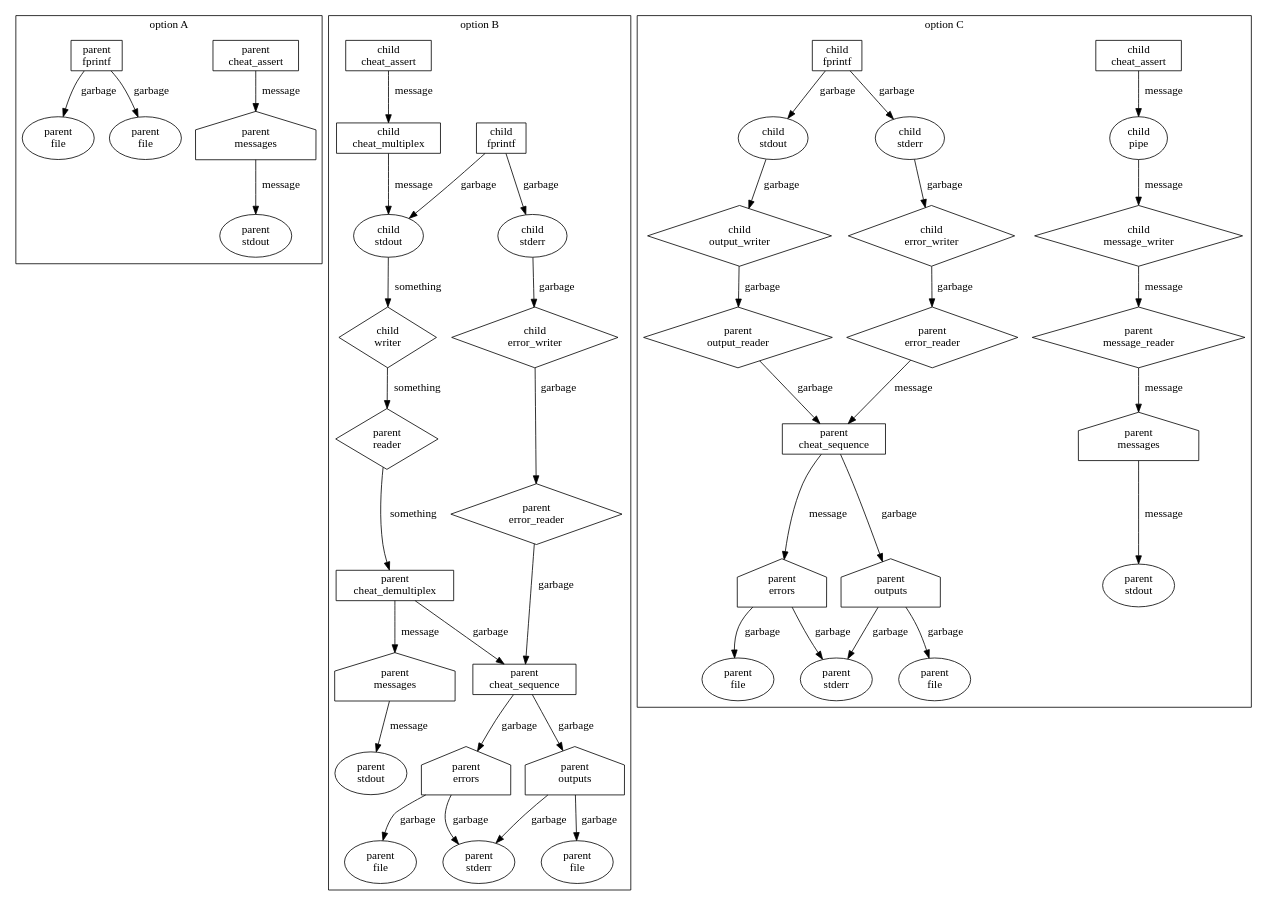
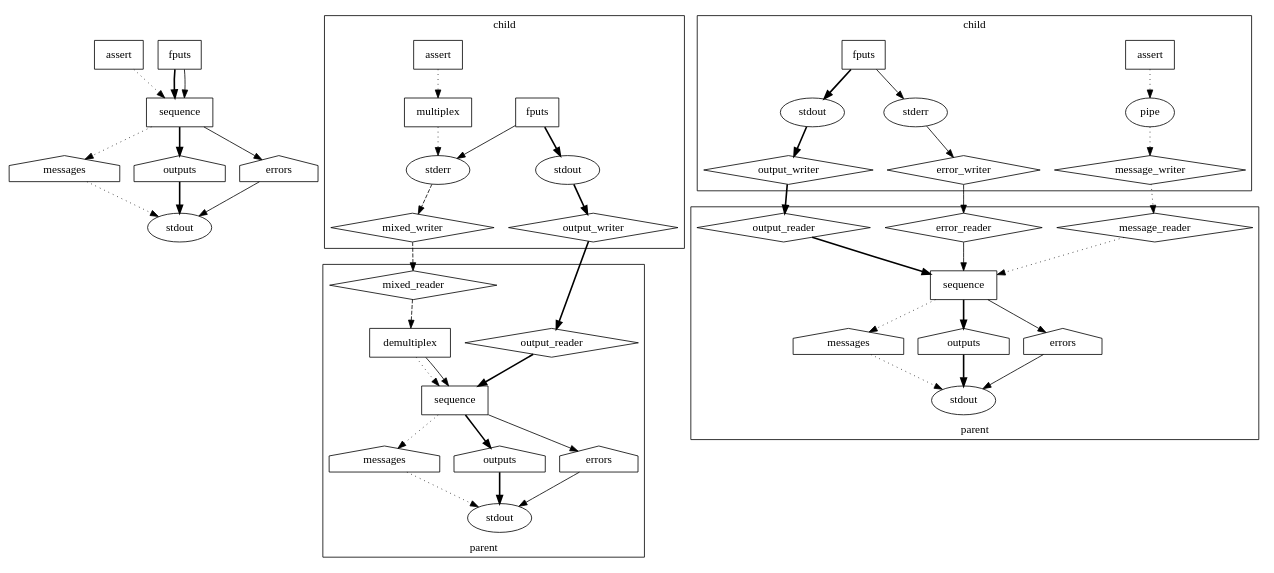
The diagram in streams.dot (hgyxbll/cheat), drawn with Graphviz before and after one commit.

Commit message:
Updated the stream graph.

```diff
--- a/streams.dot
+++ b/streams.dot
@@ -1,140 +1,164 @@
 digraph streams {
-	subgraph cluster_a {
-		label = "option A"
+	node [shape = box]
+
+	a_parent_assert [label = "assert"]
+	a_parent_fputs [label = "fputs"]
+	a_parent_sequence [label = "sequence"]
+
+	node [shape = house]
+
+	a_parent_messages [label = "messages"]
+	a_parent_outputs [label = "outputs"]
+	a_parent_errors [label = "errors"]
+
+	node [shape = oval]
+
+	a_parent_stdout [label = "stdout"]
+
+	a_parent_assert -> a_parent_sequence [style = dotted]
+	a_parent_fputs -> a_parent_sequence [style = bold]
+	a_parent_fputs -> a_parent_sequence [style = solid]
+	a_parent_sequence -> a_parent_messages [style = dotted]
+	a_parent_sequence -> a_parent_outputs [style = bold]
+	a_parent_sequence -> a_parent_errors [style = solid]
+	a_parent_messages -> a_parent_stdout [style = dotted]
+	a_parent_outputs -> a_parent_stdout [style = bold]
+	a_parent_errors -> a_parent_stdout [style = solid]
+
+	subgraph cluster_b_child {
+		labelloc = t
+		label = "child"
 
 		node [shape = box]
 
-		a_parent_cheat_assert [label = "parent\ncheat_assert"]
-		a_parent_fprintf [label = "parent\nfprintf"]
+		b_child_assert [label = "assert"]
+		b_child_fputs [label = "fputs"]
+		b_child_multiplex [label = "multiplex"]
 
 		node [shape = house]
 
-		a_parent_messages [label = "parent\nmessages"]
+
+		node [shape = diamond]
+
+		b_child_mixed_writer [label = "mixed_writer"]
+		b_child_output_writer [label = "output_writer"]
 
 		node [shape = oval]
 
-		a_parent_stdout [label = "parent\nstdout"]
-		a_parent_stdout_file [label = "parent\nfile"]
-		a_parent_stderr_file [label = "parent\nfile"]
-
-		node [shape = none]
-
-		a_parent_cheat_assert -> a_parent_messages [label = "message"]
-		a_parent_fprintf -> a_parent_stdout_file [label = "garbage"]
-		a_parent_fprintf -> a_parent_stderr_file [label = "garbage"]
-		a_parent_messages -> a_parent_stdout [label = "message"]
+		b_child_stdout [label = "stdout"]
+		b_child_stderr [label = "stderr"]
 	}
 
-	subgraph cluster_b {
-		label = "option B"
+	subgraph cluster_b_parent {
+		labelloc = b
+		label = "parent"
 
 		node [shape = box]
 
-		b_child_cheat_assert [label = "child\ncheat_assert"]
-		b_child_fprintf [label = "child\nfprintf"]
-		b_child_cheat_multiplex [label = "child\ncheat_multiplex"]
-		b_parent_cheat_demultiplex [label = "parent\ncheat_demultiplex"]
-		b_parent_cheat_sequence [label = "parent\ncheat_sequence"]
+		b_parent_demultiplex [label = "demultiplex"]
+		b_parent_sequence [label = "sequence"]
 
 		node [shape = house]
 
-		b_parent_messages [label = "parent\nmessages"]
-		b_parent_outputs [label = "parent\noutputs"]
-		b_parent_errors [label = "parent\nerrors"]
+		b_parent_messages [label = "messages"]
+		b_parent_outputs [label = "outputs"]
+		b_parent_errors [label = "errors"]
 
 		node [shape = diamond]
 
-		b_child_writer [label = "child\nwriter"]
-		b_parent_reader [label = "parent\nreader"]
-		b_child_error_writer [label = "child\nerror_writer"]
-		b_parent_error_reader [label = "parent\nerror_reader"]
+		b_parent_mixed_reader [label = "mixed_reader"]
+		b_parent_output_reader [label = "output_reader"]
 
 		node [shape = oval]
 
-		b_child_stdout [label = "child\nstdout"]
-		b_child_stderr [label = "child\nstderr"]
-		b_parent_stdout [label = "parent\nstdout"]
-		b_parent_stderr [label = "parent\nstderr"]
-		b_parent_stdout_file [label = "parent\nfile"]
-		b_parent_stderr_file [label = "parent\nfile"]
-
-		node [shape = none]
-
-		b_child_cheat_assert -> b_child_cheat_multiplex [label = "message"]
-		b_child_cheat_multiplex -> b_child_stdout [label = "message"]
-		b_child_fprintf -> b_child_stdout [label = "garbage"]
-		b_child_fprintf -> b_child_stderr [label = "garbage"]
-		b_child_stdout -> b_child_writer [label = "something"]
-		b_child_stderr -> b_child_error_writer [label = "garbage"]
-		b_child_writer -> b_parent_reader [label = "something"]
-		b_child_error_writer -> b_parent_error_reader [label = "garbage"]
-		b_parent_reader -> b_parent_cheat_demultiplex [label = "something"]
-		b_parent_error_reader -> b_parent_cheat_sequence [label = "garbage"]
-		b_parent_cheat_demultiplex -> b_parent_messages [label = "message"]
-		b_parent_cheat_demultiplex -> b_parent_cheat_sequence [label = "garbage"]
-		b_parent_cheat_sequence -> b_parent_outputs [label = "garbage"]
-		b_parent_cheat_sequence -> b_parent_errors [label = "garbage"]
-		b_parent_messages -> b_parent_stdout [label = "message"]
-		b_parent_outputs -> b_parent_stderr [label = "garbage"]
-		b_parent_outputs -> b_parent_stdout_file [label = "garbage"]
-		b_parent_errors -> b_parent_stderr [label = "garbage"]
-		b_parent_errors -> b_parent_stderr_file [label = "garbage"]
+		b_parent_stdout [label = "stdout"]
 	}
 
-	subgraph cluster_c {
-		label = "option C"
+	b_child_assert -> b_child_multiplex [style = dotted]
+	b_child_multiplex -> b_child_stderr [style = dotted]
+	b_child_fputs -> b_child_stdout [style = bold]
+	b_child_fputs -> b_child_stderr [style = solid]
+	b_child_stdout -> b_child_output_writer [style = bold]
+	b_child_stderr -> b_child_mixed_writer [style = dashed]
+	b_child_mixed_writer -> b_parent_mixed_reader [style = dashed]
+	b_child_output_writer -> b_parent_output_reader [style = bold]
+	b_parent_mixed_reader -> b_parent_demultiplex [style = dashed]
+	b_parent_output_reader -> b_parent_sequence [style = bold]
+	b_parent_demultiplex -> b_parent_sequence [style = dotted]
+	b_parent_demultiplex -> b_parent_sequence [style = solid]
+	b_parent_sequence -> b_parent_messages [style = dotted]
+	b_parent_sequence -> b_parent_outputs [style = bold]
+	b_parent_sequence -> b_parent_errors [style = solid]
+	b_parent_messages -> b_parent_stdout [style = dotted]
+	b_parent_outputs -> b_parent_stdout [style = bold]
+	b_parent_errors -> b_parent_stdout [style = solid]
+
+	subgraph cluster_c_child {
+		labelloc = t
+		label = "child"
 
 		node [shape = box]
 
-		c_child_cheat_assert [label = "child\ncheat_assert"]
-		c_child_fprintf [label = "child\nfprintf"]
-		c_parent_cheat_sequence [label = "parent\ncheat_sequence"]
+		c_child_assert [label = "assert"]
+		c_child_fputs [label = "fputs"]
 
 		node [shape = house]
 
-		c_parent_messages [label = "parent\nmessages"]
-		c_parent_outputs [label = "parent\noutputs"]
-		c_parent_errors [label = "parent\nerrors"]
 
 		node [shape = diamond]
 
-		c_child_message_writer [label = "child\nmessage_writer"]
-		c_parent_message_reader [label = "parent\nmessage_reader"]
-		c_child_output_writer [label = "child\noutput_writer"]
-		c_parent_output_reader [label = "parent\noutput_reader"]
-		c_child_error_writer [label = "child\nerror_writer"]
-		c_parent_error_reader [label = "parent\nerror_reader"]
+		c_child_message_writer [label = "message_writer"]
+		c_child_output_writer [label = "output_writer"]
+		c_child_error_writer [label = "error_writer"]
 
 		node [shape = oval]
 
-		c_child_stdout [label = "child\nstdout"]
-		c_child_stderr [label = "child\nstderr"]
-		c_child_pipe [label = "child\npipe"]
-		c_parent_stdout [label = "parent\nstdout"]
-		c_parent_stderr [label = "parent\nstderr"]
-		c_parent_stdout_file [label = "parent\nfile"]
-		c_parent_stderr_file [label = "parent\nfile"]
+		c_child_stdout [label = "stdout"]
+		c_child_stderr [label = "stderr"]
+		c_child_pipe [label = "pipe"]
+	}
 
-		node [shape = none]
+	subgraph cluster_c_parent {
+		labelloc = b
+		label = "parent"
 
-		c_child_cheat_assert -> c_child_pipe [label = "message"]
-		c_child_fprintf -> c_child_stdout [label = "garbage"]
-		c_child_fprintf -> c_child_stderr [label = "garbage"]
-		c_child_pipe -> c_child_message_writer [label = "message"]
-		c_child_stdout -> c_child_output_writer [label = "garbage"]
-		c_child_stderr -> c_child_error_writer [label = "garbage"]
-		c_child_message_writer -> c_parent_message_reader [label = "message"]
-		c_child_output_writer -> c_parent_output_reader [label = "garbage"]
-		c_child_error_writer -> c_parent_error_reader [label = "garbage"]
-		c_parent_message_reader -> c_parent_messages [label = "message"]
-		c_parent_output_reader -> c_parent_cheat_sequence [label = "garbage"]
-		c_parent_error_reader -> c_parent_cheat_sequence [label = "message"]
-		c_parent_cheat_sequence -> c_parent_outputs [label = "garbage"]
-		c_parent_cheat_sequence -> c_parent_errors [label = "message"]
-		c_parent_messages -> c_parent_stdout [label = "message"]
-		c_parent_outputs -> c_parent_stderr [label = "garbage"]
-		c_parent_outputs -> c_parent_stdout_file [label = "garbage"]
-		c_parent_errors -> c_parent_stderr [label = "garbage"]
-		c_parent_errors -> c_parent_stderr_file [label = "garbage"]
+		node [shape = box]
+
+		c_parent_sequence [label = "sequence"]
+
+		node [shape = house]
+
+		c_parent_messages [label = "messages"]
+		c_parent_outputs [label = "outputs"]
+		c_parent_errors [label = "errors"]
+
+		node [shape = diamond]
+
+		c_parent_message_reader [label = "message_reader"]
+		c_parent_output_reader [label = "output_reader"]
+		c_parent_error_reader [label = "error_reader"]
+
+		node [shape = oval]
+
+		c_parent_stdout [label = "stdout"]
 	}
+
+	c_child_assert -> c_child_pipe [style = dotted]
+	c_child_fputs -> c_child_stdout [style = bold]
+	c_child_fputs -> c_child_stderr [style = solid]
+	c_child_pipe -> c_child_message_writer [style = dotted]
+	c_child_stdout -> c_child_output_writer [style = bold]
+	c_child_stderr -> c_child_error_writer [style = solid]
+	c_child_message_writer -> c_parent_message_reader [style = dotted]
+	c_child_output_writer -> c_parent_output_reader [style = bold]
+	c_child_error_writer -> c_parent_error_reader [style = solid]
+	c_parent_message_reader -> c_parent_sequence [style = dotted]
+	c_parent_output_reader -> c_parent_sequence [style = bold]
+	c_parent_error_reader -> c_parent_sequence [style = solid]
+	c_parent_sequence -> c_parent_messages [style = dotted]
+	c_parent_sequence -> c_parent_outputs [style = bold]
+	c_parent_sequence -> c_parent_errors [style = solid]
+	c_parent_messages -> c_parent_stdout [style = dotted]
+	c_parent_outputs -> c_parent_stdout [style = bold]
+	c_parent_errors -> c_parent_stdout [style = solid]
 }
```
